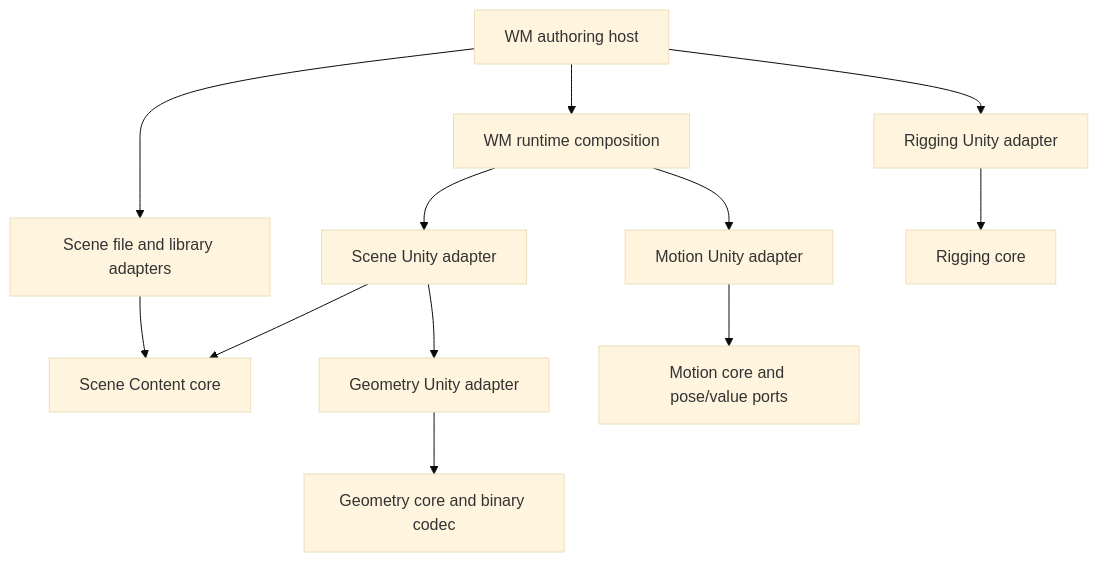
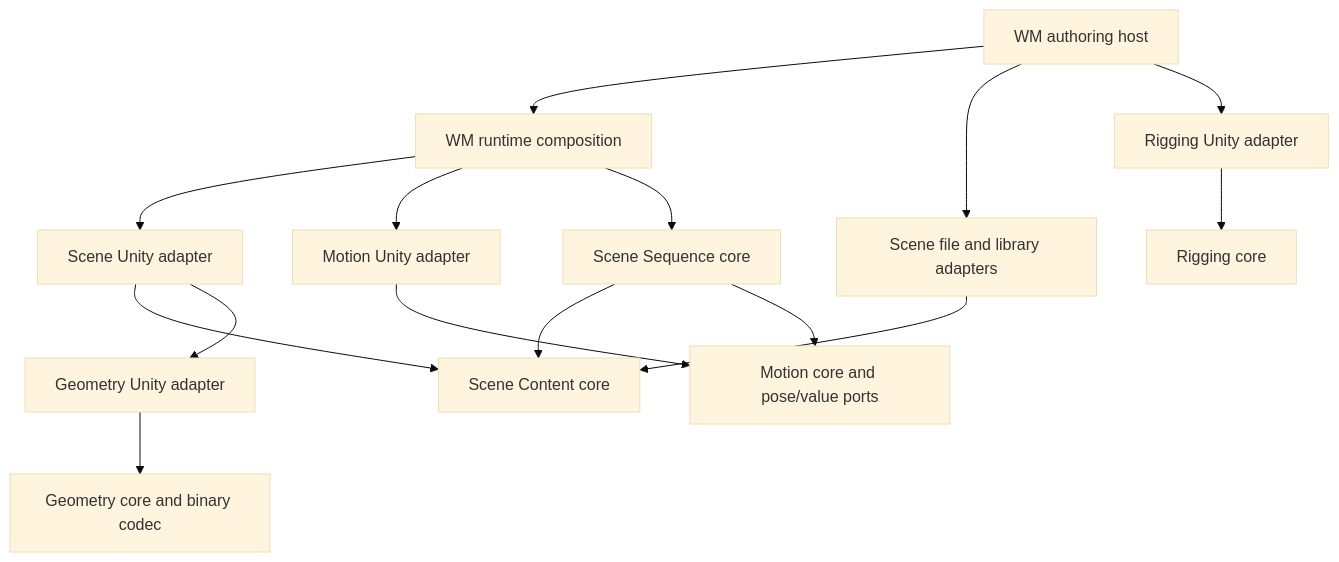
One commit to mascari4615/Witch-Mendokusai changed the diagram in Documentation/ContentArchitecture.md. Above: the diagram before and after it, drawn with Mermaid (base theme). The commit also changed other lines of this file and 42 other files, not shown here.

Commit message:
feat(sequence): export authored scenes with reusable motion

````diff
--- a/Documentation/ContentArchitecture.md
+++ b/Documentation/ContentArchitecture.md
@@ -5,14 +5,17 @@
 ```mermaid
 flowchart TD
     Editor[WM authoring host] --> Runtime[WM runtime composition]
     Editor --> Storage[Scene file and library adapters]
     Runtime --> SceneUnity[Scene Unity adapter]
     Runtime --> MotionUnity[Motion Unity adapter]
+    Runtime --> SequenceCore[Scene Sequence core]
+    SequenceCore --> SceneCore
+    SequenceCore --> MotionCore
     Editor --> RigUnity[Rigging Unity adapter]
     SceneUnity --> SceneCore[Scene Content core]
     SceneUnity --> GeometryUnity[Geometry Unity adapter]
     GeometryUnity --> GeometryCore[Geometry core and binary codec]
     MotionUnity --> MotionCore[Motion core and pose/value ports]
     RigUnity --> RigCore[Rigging core]
     Storage --> SceneCore
 ```
````
